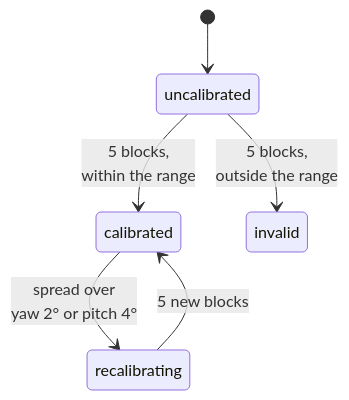
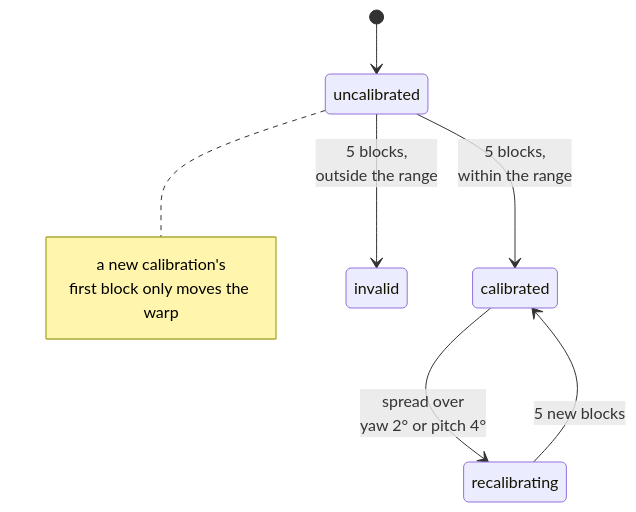
One commit to cwal1220/edgepilot changed the third of 3 diagrams in params/README.md. Above: the diagram before and after it, drawn with Mermaid. The commit also changed other lines of this file and 3 other files, not shown here.

````diff
--- a/params/README.md
+++ b/params/README.md
@@ -407,8 +411,9 @@
 ```mermaid
 stateDiagram-v2
     [*] --> uncalibrated
     uncalibrated --> calibrated: 5 blocks,<br>within the range
     uncalibrated --> invalid: 5 blocks,<br>outside the range
+    note right of uncalibrated: a new calibration's<br>first block only moves the warp
     calibrated --> recalibrating: spread over<br>yaw 2° or pitch 4°
     recalibrating --> calibrated: 5 new blocks
 ```
````
